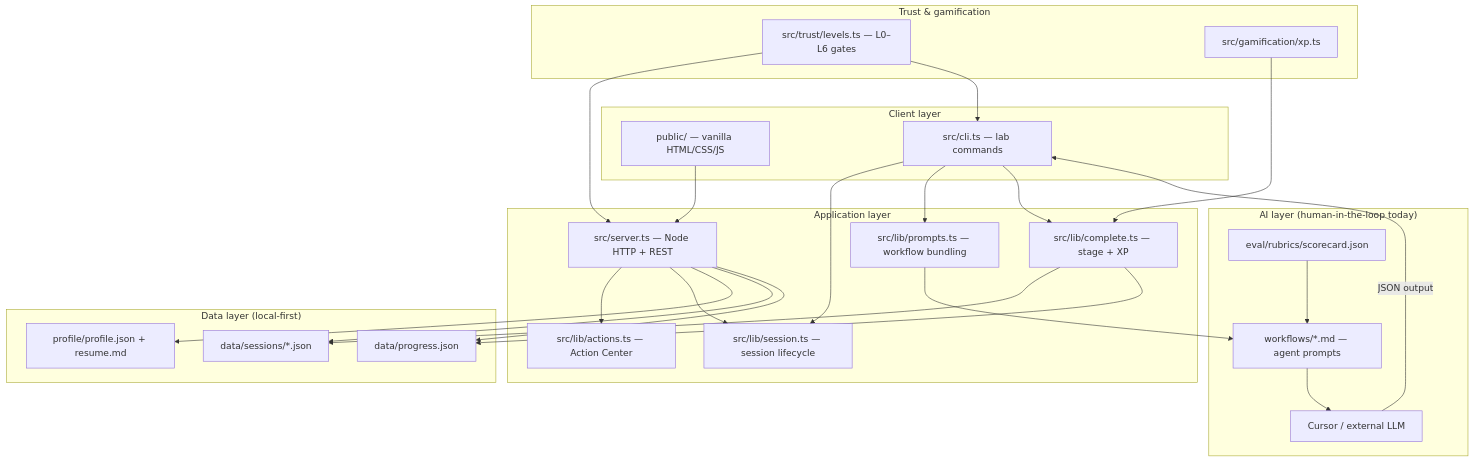
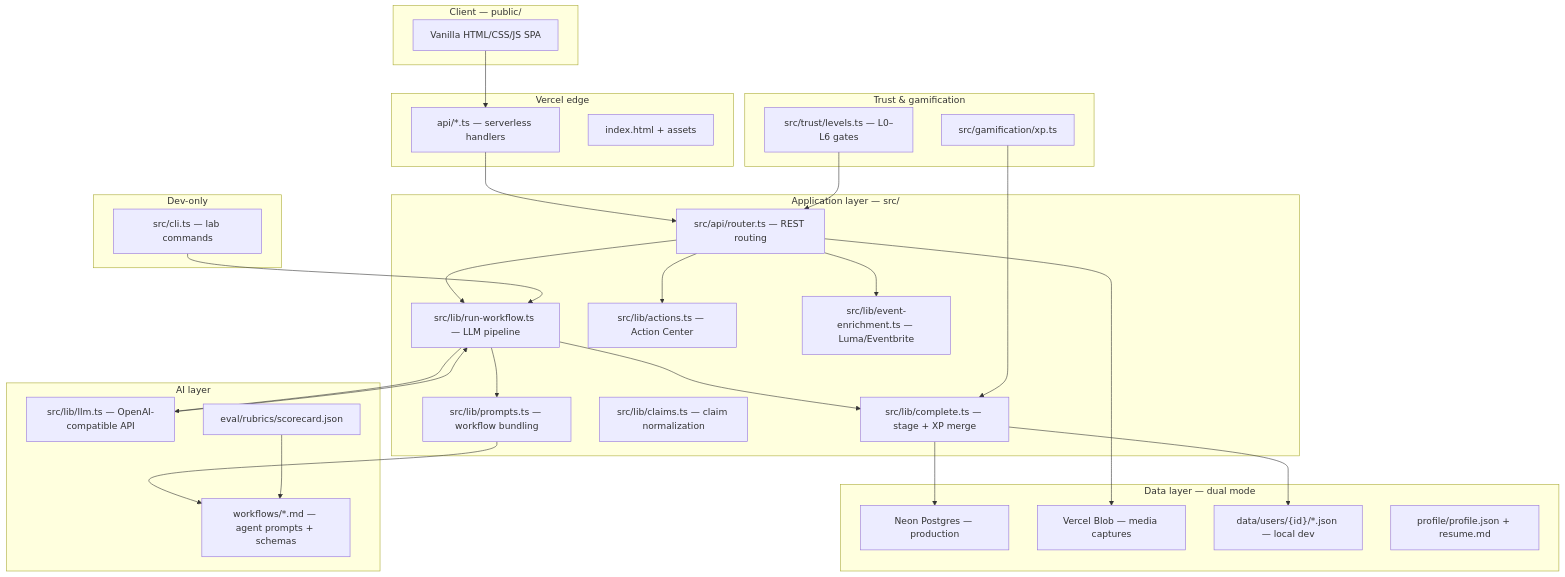
One commit to nikitabansal01/Conference-Memory-Lab changed the diagram in specs/architecture-and-roadmap.md. Above: the diagram before and after it, drawn with Mermaid. The commit also changed other lines of this file and 2 other files, not shown here.

First line of the commit message:
Document v0 shipped state and v1 roadmap from an AI PM lens.

````diff
--- a/specs/architecture-and-roadmap.md
+++ b/specs/architecture-and-roadmap.md
@@ -24,51 +53,61 @@
 ```mermaid
 flowchart TB
-  subgraph client ["Client layer"]
-    UI["public/ — vanilla HTML/CSS/JS"]
-    CLI["src/cli.ts — lab commands"]
+  subgraph client ["Client — public/"]
+    UI["Vanilla HTML/CSS/JS SPA"]
   end
 
-  subgraph server ["Application layer"]
-    API["src/server.ts — Node HTTP + REST"]
-    Actions["src/lib/actions.ts — Action Center"]
-    Session["src/lib/session.ts — session lifecycle"]
-    Complete["src/lib/complete.ts — stage + XP"]
-    Prompts["src/lib/prompts.ts — workflow bundling"]
+  subgraph edge ["Vercel edge"]
+    APIRoutes["api/*.ts — serverless handlers"]
+    Static["index.html + assets"]
   end
 
-  subgraph ai ["AI layer (human-in-the-loop today)"]
-    WF["workflows/*.md — agent prompts"]
-    Cursor["Cursor / external LLM"]
+  subgraph app ["Application layer — src/"]
+    Router["src/api/router.ts — REST routing"]
+    RunWF["src/lib/run-workflow.ts — LLM pipeline"]
+    Prompts["src/lib/prompts.ts — workflow bundling"]
+    Actions["src/lib/actions.ts — Action Center"]
+    Enrich["src/lib/event-enrichment.ts — Luma/Eventbrite"]
+    Claims["src/lib/claims.ts — claim normalization"]
+    Complete["src/lib/complete.ts — stage + XP merge"]
+  end
+
+  subgraph ai ["AI layer"]
+    WF["workflows/*.md — agent prompts + schemas"]
+    LLM["src/lib/llm.ts — OpenAI-compatible API"]
     Eval["eval/rubrics/scorecard.json"]
   end
 
-  subgraph data ["Data layer (local-first)"]
+  subgraph data ["Data layer — dual mode"]
+    Neon["Neon Postgres — production"]
+    Blob["Vercel Blob — media captures"]
+    LocalJSON["data/users/{id}/*.json — local dev"]
     Profile["profile/profile.json + resume.md"]
-    Sessions["data/sessions/*.json"]
-    Progress["data/progress.json"]
   end
 
   subgraph trust ["Trust & gamification"]
     Levels["src/trust/levels.ts — L0–L6 gates"]
     XP["src/gamification/xp.ts"]
   end
 
-  UI --> API
-  CLI --> Session
-  CLI --> Prompts
-  CLI --> Complete
-  API --> Actions
-  API --> Session
+  subgraph dev ["Dev-only"]
+    CLI["src/cli.ts — lab commands"]
+  end
+
+  UI --> APIRoutes
+  APIRoutes --> Router
+  Router --> RunWF
+  RunWF --> Prompts
   Prompts --> WF
-  WF --> Cursor
-  Cursor -->|JSON output| CLI
-  Complete --> Sessions
-  Complete --> Progress
-  API --> Profile
-  API --> Sessions
-  API --> Progress
-  Levels --> API
-  Levels --> CLI
+  RunWF --> LLM
+  LLM --> RunWF
+  RunWF --> Complete
+  Router --> Enrich
+  Router --> Actions
+  Complete --> Neon
+  Complete --> LocalJSON
+  Router --> Blob
+  Levels --> Router
   XP --> Complete
   Eval --> WF
+  CLI --> RunWF
 ```
````
